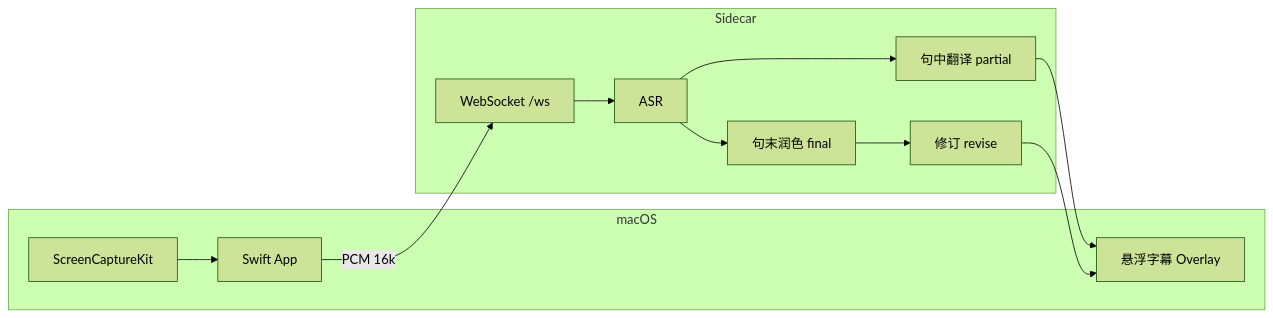
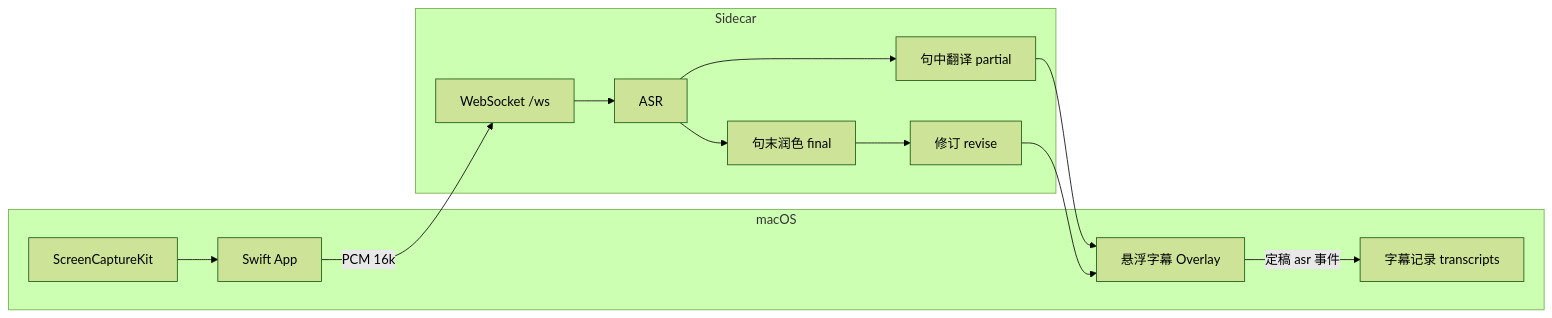
One commit to PPBrook/VoiceBridgeAI changed the diagram in docs/architecture.md. Above: the diagram before and after it, drawn with Mermaid (forest theme). The commit also changed other lines of this file and 17 other files, not shown here.

````diff
--- a/docs/architecture.md
+++ b/docs/architecture.md
@@ -5,23 +5,25 @@
 ```mermaid
 flowchart LR
   subgraph macOS
     SC[ScreenCaptureKit]
     App[Swift App]
     OV[悬浮字幕 Overlay]
+    TR[字幕记录 transcripts]
   end
   subgraph Sidecar
     WS[WebSocket /ws]
     ASR[ASR]
     PT[句中翻译 partial]
     FT[句末润色 final]
     RV[修订 revise]
   end
   SC --> App
   App -->|PCM 16k| WS
   WS --> ASR
   ASR --> PT
   PT --> OV
   ASR --> FT
   FT --> RV
   RV --> OV
+  OV -->|定稿 asr 事件| TR
 ```
````
